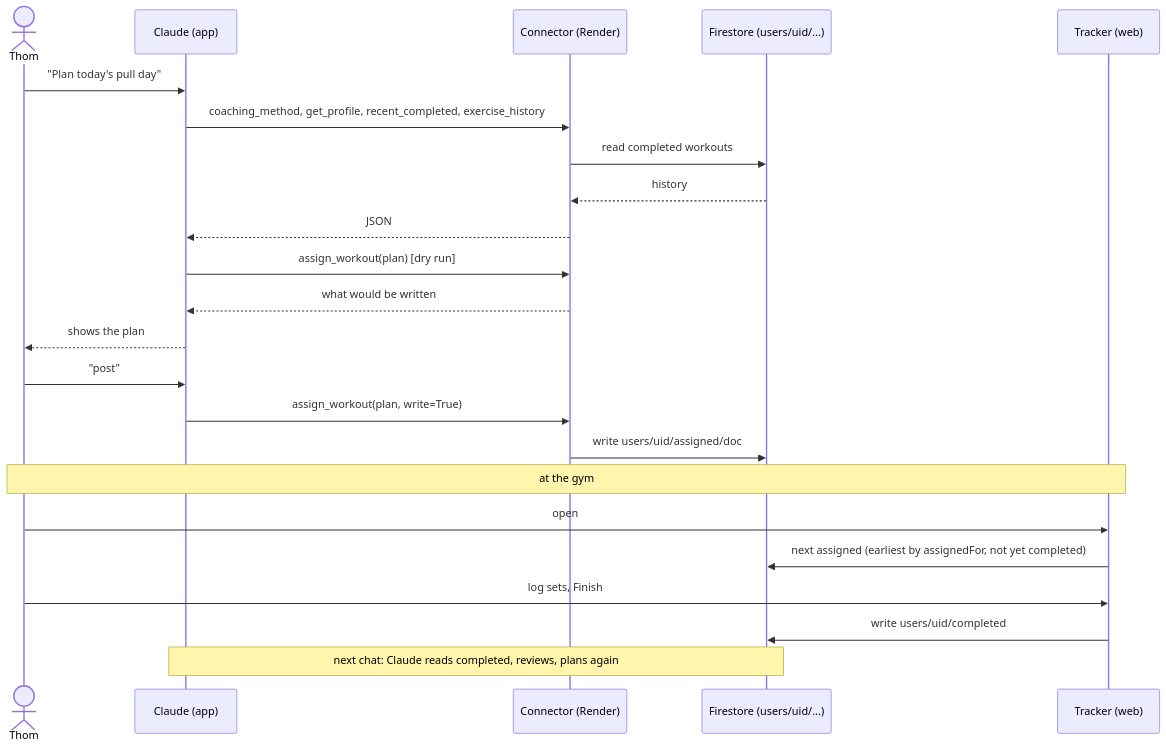
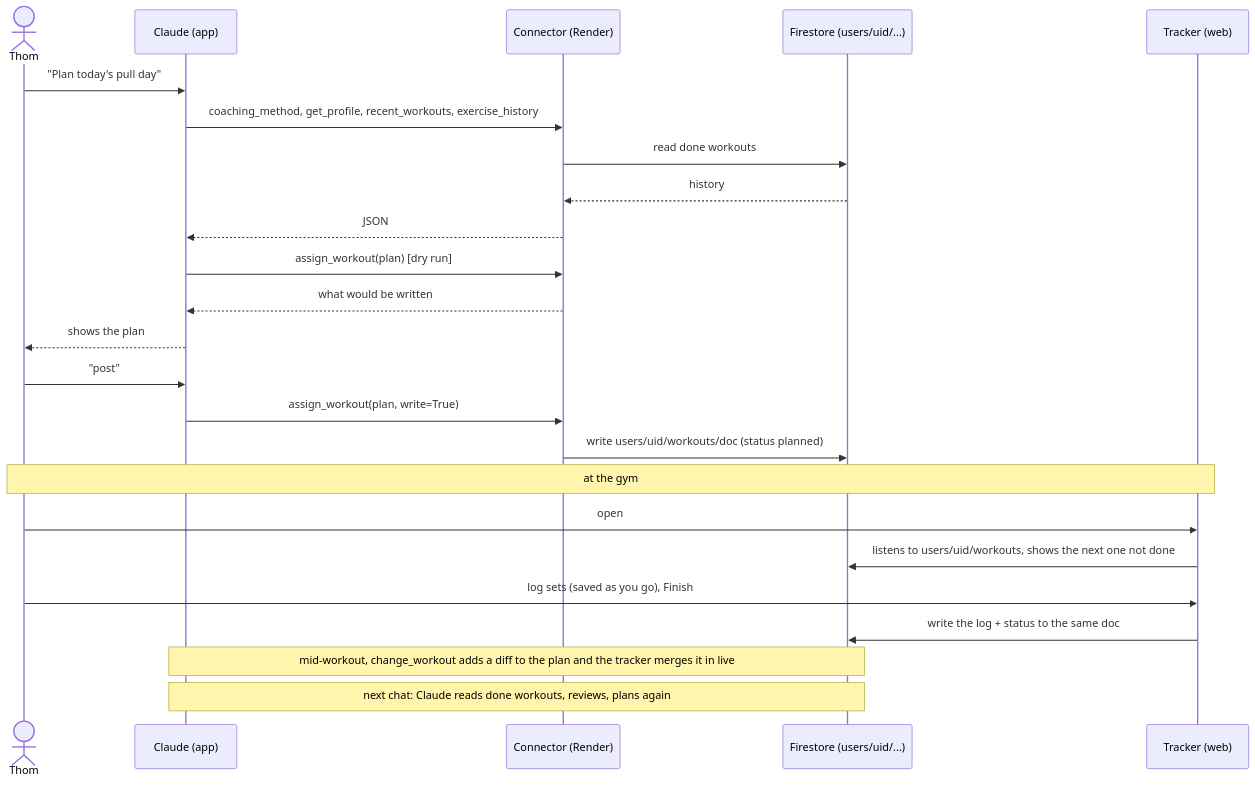
Before and after one commit to CoachThomLamb/wilo_ai: the second of 3 diagrams in docs/infrastructure-and-rebuild.md, drawn with Mermaid. The commit also changed other lines of this file and 4 other files, not shown here.

First line of the commit message:
Docs for one doc per workout (#126)

````diff
--- a/docs/infrastructure-and-rebuild.md
+++ b/docs/infrastructure-and-rebuild.md
@@ -75,26 +75,27 @@
 ```mermaid
 sequenceDiagram
     actor T as Thom
     participant C as Claude (app)
     participant S as Connector (Render)
     participant F as Firestore (users/uid/...)
     participant W as Tracker (web)
 
     T->>C: "Plan today's pull day"
-    C->>S: coaching_method, get_profile, recent_completed, exercise_history
-    S->>F: read completed workouts
+    C->>S: coaching_method, get_profile, recent_workouts, exercise_history
+    S->>F: read done workouts
     F-->>S: history
     S-->>C: JSON
     C->>S: assign_workout(plan)  [dry run]
     S-->>C: what would be written
     C-->>T: shows the plan
     T->>C: "post"
     C->>S: assign_workout(plan, write=True)
-    S->>F: write users/uid/assigned/doc
+    S->>F: write users/uid/workouts/doc (status planned)
     Note over T,W: at the gym
     T->>W: open
-    W->>F: next assigned (earliest by assignedFor, not yet completed)
-    T->>W: log sets, Finish
-    W->>F: write users/uid/completed
-    Note over C,F: next chat: Claude reads completed, reviews, plans again
+    W->>F: listens to users/uid/workouts, shows the next one not done
+    T->>W: log sets (saved as you go), Finish
+    W->>F: write the log + status to the same doc
+    Note over C,F: mid-workout, change_workout adds a diff to the plan and the tracker merges it in live
+    Note over C,F: next chat: Claude reads done workouts, reviews, plans again
 ```
````
